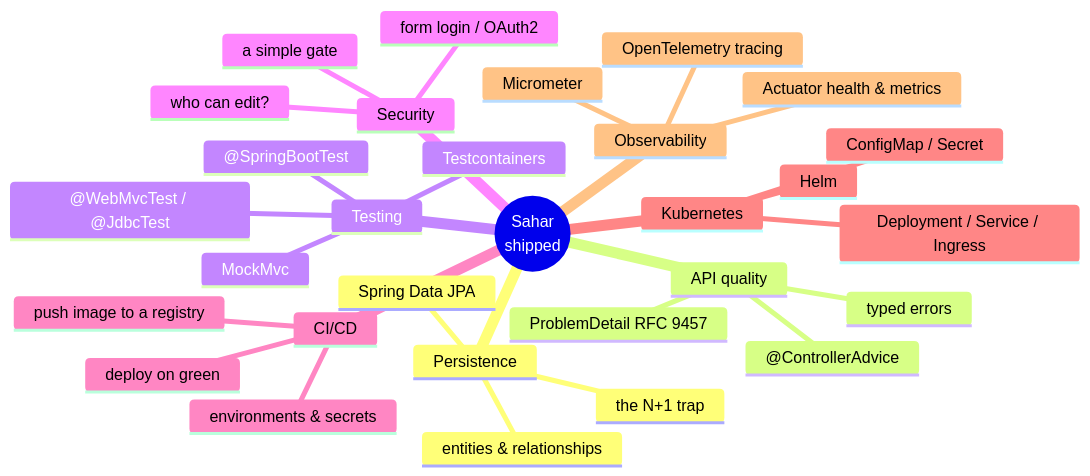
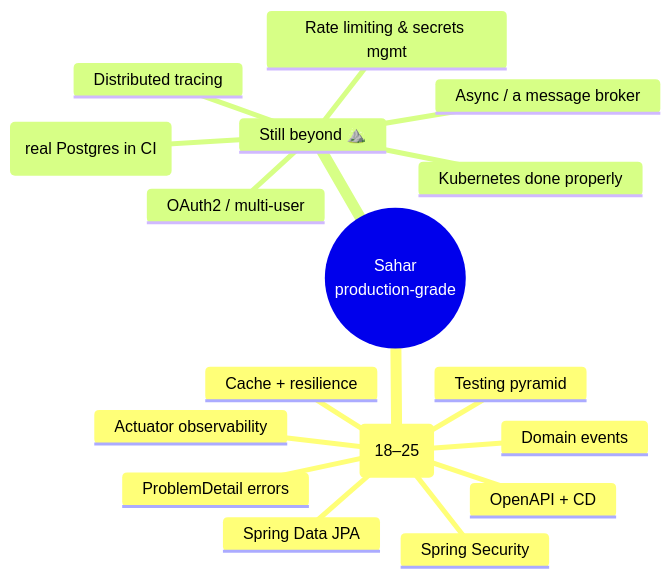
Before and after one commit to ramishtaha/spring-boot-sahar: the diagram in docs/steps/99-roadmap.md, drawn with Mermaid. The commit also changed other lines of this file and 685 other files, not shown here.

First line of the commit message:
Add advanced track (steps 18-25): testing, errors, observability, resilience, events, JPA, security, OpenAPI/CD

````diff
--- a/docs/steps/99-roadmap.md
+++ b/docs/steps/99-roadmap.md
@@ -17,33 +16,20 @@
 ```mermaid
 mindmap
-  root((Sahar<br/>shipped))
-    Persistence
+  root((Sahar<br/>production-grade))
+    Built ✅ (18–25)
+      Testing pyramid
+      ProblemDetail errors
+      Actuator observability
+      Cache + resilience
+      Domain events
       Spring Data JPA
-      entities & relationships
-      the N+1 trap
-    API quality
-      ProblemDetail RFC 9457
-      @ControllerAdvice
-      typed errors
-    Testing
-      @SpringBootTest
-      @WebMvcTest / @JdbcTest
-      MockMvc
-      Testcontainers
-    Security
-      who can edit?
-      form login / OAuth2
-      a simple gate
-    CI/CD
-      push image to a registry
-      deploy on green
-      environments & secrets
-    Kubernetes
-      Deployment / Service / Ingress
-      ConfigMap / Secret
-      Helm
-    Observability
-      Actuator health & metrics
-      Micrometer
-      OpenTelemetry tracing
+      Spring Security
+      OpenAPI + CD
+    Still beyond ⛰️
+      Testcontainers (real Postgres in CI)
+      Kubernetes done properly
+      OAuth2 / multi-user
+      Distributed tracing
+      Async / a message broker
+      Rate limiting & secrets mgmt
 ```
````
